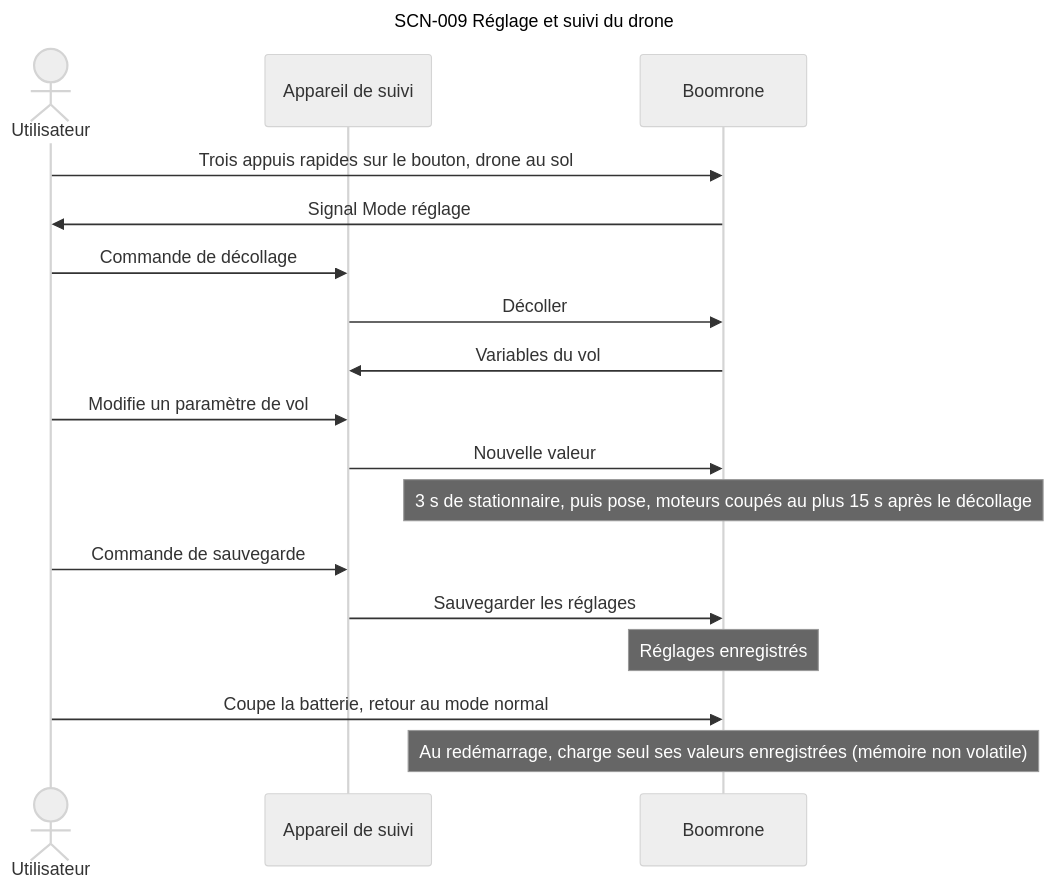
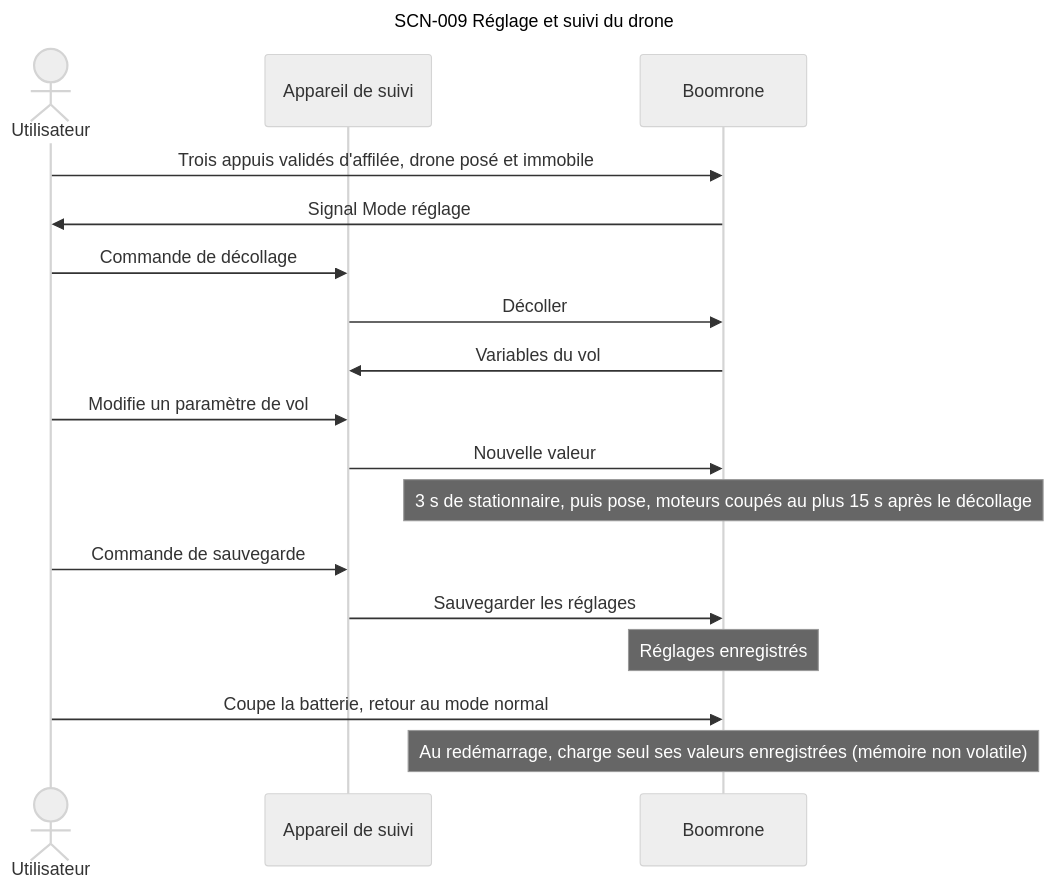
Diagram 11 of 13 in projets/boomrone/00-scenarios.md (thourymatthieu-png/coworker_archi_system), drawn with Mermaid (neutral theme) before and after one commit. The commit also changed other lines of this file and 6 other files, not shown here.

````diff
--- a/projets/boomrone/00-scenarios.md
+++ b/projets/boomrone/00-scenarios.md
@@ -402,22 +412,22 @@
 ```mermaid
 ---
 title: "SCN-009 Réglage et suivi du drone"
 ---
 sequenceDiagram
     actor U as Utilisateur
     participant A as Appareil de suivi
     participant D as Boomrone
-    U->>D: Trois appuis rapides sur le bouton, drone au sol
+    U->>D: Trois appuis validés d'affilée, drone posé et immobile
     D->>U: Signal Mode réglage
     U->>A: Commande de décollage
     A->>D: Décoller
     D->>A: Variables du vol
     U->>A: Modifie un paramètre de vol
     A->>D: Nouvelle valeur
     Note over D: 3 s de stationnaire, puis pose, moteurs coupés au plus 15 s après le décollage
     U->>A: Commande de sauvegarde
     A->>D: Sauvegarder les réglages
     Note over D: Réglages enregistrés
     U->>D: Coupe la batterie, retour au mode normal
     Note over D: Au redémarrage, charge seul ses valeurs enregistrées (mémoire non volatile)
 ```
````
